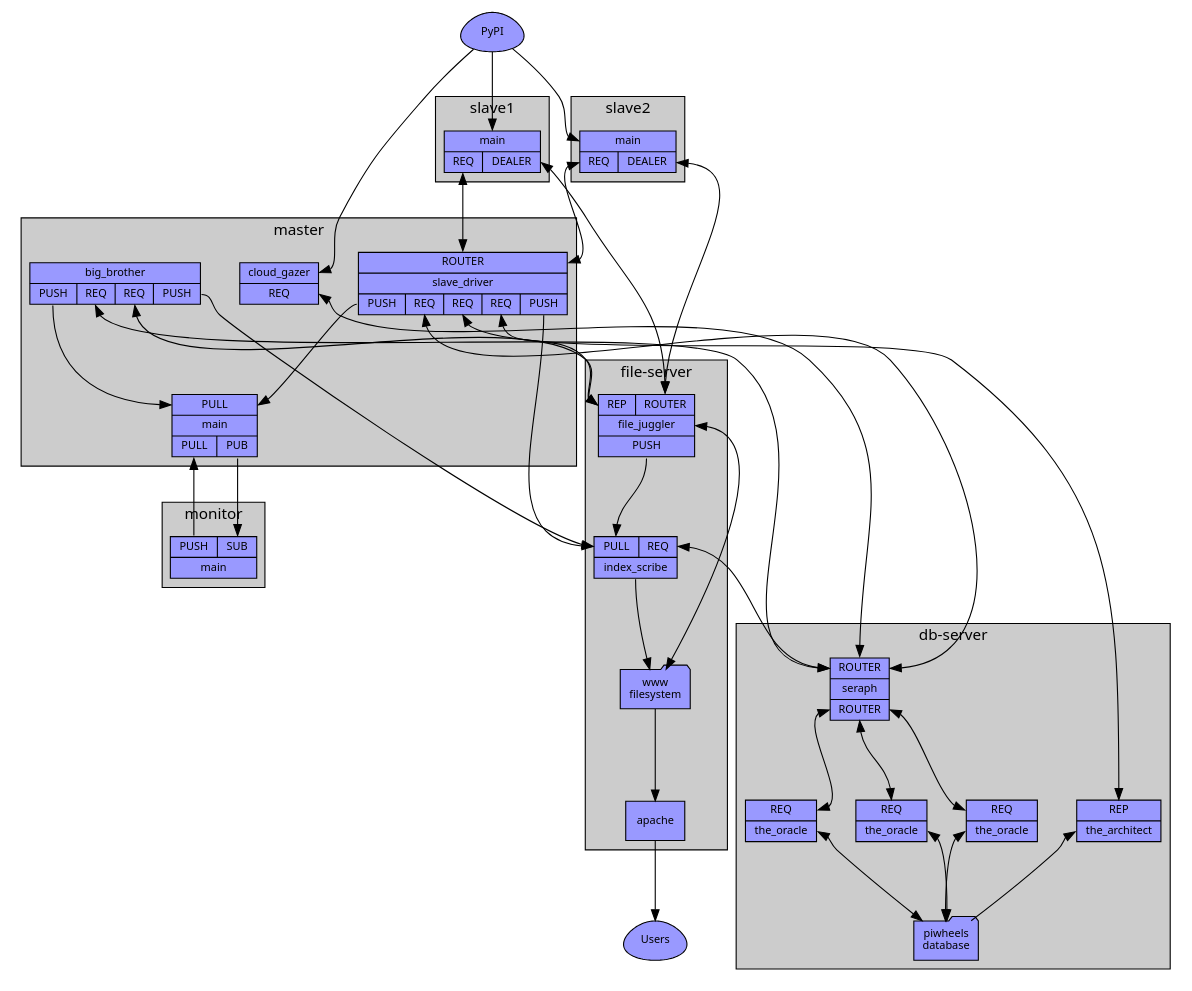
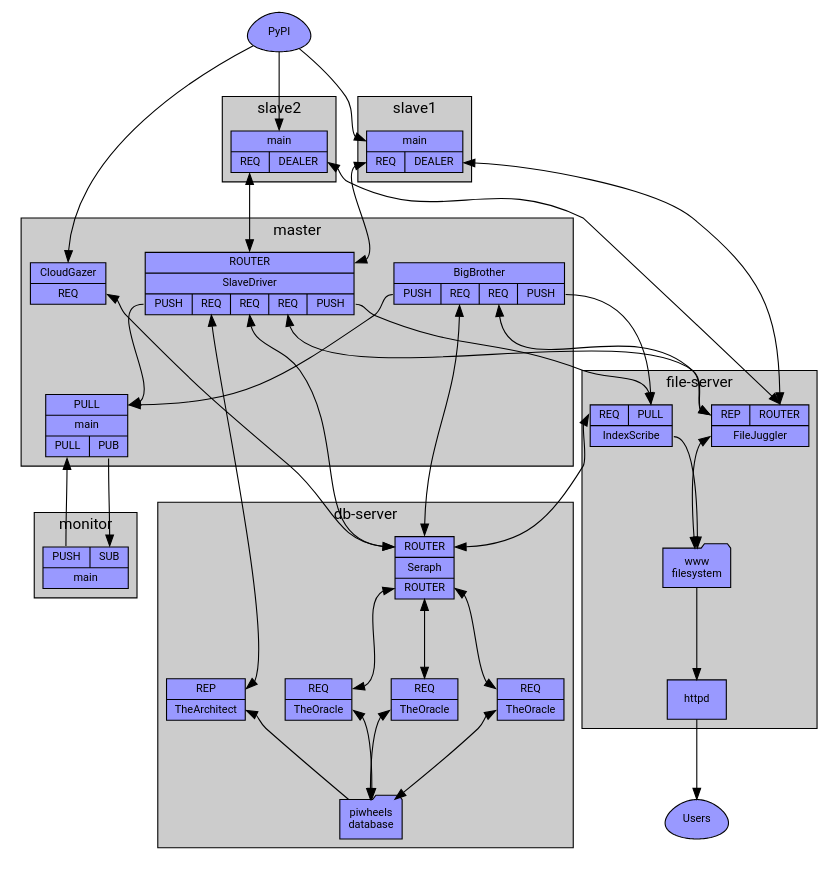
Before and after one commit to piwheels/piwheels: the diagram in docs/master_arch.dot, drawn with Graphviz. The commit also changed 24 other files, not shown here.

```diff
--- a/docs/master_arch.dot
+++ b/docs/master_arch.dot
@@ -1,89 +1,88 @@
 digraph piwheels {
-    graph [nodesep=0.5, ranksep=1, style=filled, fontname=Sans, fontsize=14, fillcolor="#cccccc"];
-    node [shape=record, fontname=Sans, fontsize=10, style=filled, fillcolor="#9999ff", penwidth=1];
+    graph [nodesep=0.5, ranksep=1, style=filled, fontname=Roboto, fontsize=14, fillcolor="#cccccc"];
+    node [shape=record, fontname=Roboto, fontsize=10, style=filled, fillcolor="#9999ff", penwidth=1];
     edge [fontname=Sans, fontsize=8];
 
-    pypi [label="PyPI", shape=egg];
-    users [label="Users", shape=egg];
+    PyPI [label="PyPI", shape=egg];
+    Users [label="Users", shape=egg];
 
     subgraph cluster_db_server {
         graph [label="db-server"];
 
-        the_oracle1 [label="{<seraph>REQ|<t>the_oracle}"];
-        the_oracle2 [label="{<seraph>REQ|<t>the_oracle}"];
-        the_oracle3 [label="{<seraph>REQ|<t>the_oracle}"];
-        the_architect [label="{<builds>REP|<t>the_architect}"];
-        seraph [label="{<db>ROUTER|<t>seraph|<oracle>ROUTER}"];
+        TheOracle1 [label="{<Seraph>REQ|<t>TheOracle}"];
+        TheOracle2 [label="{<Seraph>REQ|<t>TheOracle}"];
+        TheOracle3 [label="{<Seraph>REQ|<t>TheOracle}"];
+        TheArchitect [label="{<builds>REP|<t>TheArchitect}"];
+        Seraph [label="{<db>ROUTER|<t>Seraph|<oracle>ROUTER}"];
         db [label="piwheels\ndatabase", shape=folder];
 
-        seraph:oracle->the_oracle1:seraph [dir=both];
-        seraph:oracle->the_oracle2:seraph [dir=both];
-        seraph:oracle->the_oracle3:seraph [dir=both];
-        the_oracle1:t->db [dir=both];
-        the_oracle2:t->db [dir=both];
-        the_oracle3:t->db [dir=both];
-        the_architect:t->db [dir=back];
+        Seraph:oracle->TheOracle1:Seraph [dir=both];
+        Seraph:oracle->TheOracle2:Seraph [dir=both];
+        Seraph:oracle->TheOracle3:Seraph [dir=both];
+        TheOracle1:t->db [dir=both];
+        TheOracle2:t->db [dir=both];
+        TheOracle3:t->db [dir=both];
+        TheArchitect:t->db [dir=back];
     }
 
     subgraph cluster_file_server {
         graph [label="file-server"];
 
-        file_juggler [label="{{<fs>REP|<slaves>ROUTER}|<t>file_juggler|{<indexes>PUSH}}"];
-        index_scribe [label="{{<indexes>PULL|<db>REQ}|<t>index_scribe}"];
+        FileJuggler [label="{{<fs>REP|<slaves>ROUTER}|<t>FileJuggler}"];
+        IndexScribe [label="{{<db>REQ|<indexes>PULL}|<t>IndexScribe}"];
         fs [label="www\nfilesystem", shape=folder];
-        apache;
+        httpd;
 
-        index_scribe:t->fs;
-        file_juggler:t->fs [dir=both];
-        fs->apache;
+        IndexScribe:t->fs;
+        FileJuggler:t->fs [dir=both];
+        fs->httpd;
     }
 
     subgraph cluster_master {
         graph [label="master"];
 
-        cloud_gazer [label="{<t>cloud_gazer|<db>REQ}"];
+        CloudGazer [label="{<t>CloudGazer|<db>REQ}"];
         main [label="{{<int_status>PULL}|main|{<control>PULL|<ext_status>PUB}}"];
-        big_brother [label="{<t>big_brother|{<int_status>PUSH|<db>REQ|<fs>REQ|<indexes>PUSH}}"];
-        slave_driver [label="{{<slaves>ROUTER}|<t>slave_driver|{<int_status>PUSH|<db>REQ|<builds>REQ|<fs>REQ|<indexes>PUSH}}"];
+        BigBrother [label="{<t>BigBrother|{<int_status>PUSH|<db>REQ|<fs>REQ|<indexes>PUSH}}"];
+        SlaveDriver [label="{{<slaves>ROUTER}|<t>SlaveDriver|{<int_status>PUSH|<builds>REQ|<db>REQ|<fs>REQ|<indexes>PUSH}}"];
 
-        big_brother:int_status->main:int_status;
-        slave_driver:int_status->main:int_status;
+        BigBrother:int_status->main:int_status;
+        SlaveDriver:int_status->main:int_status;
     }
 
     subgraph cluster_monitor {
         graph [label="monitor"];
         monitor [label="{{<control>PUSH|<status>SUB}|<t>main}"];
     }
 
-    subgraph cluster_slave1 {
+    subgraph cluster_Slave1 {
         graph [label="slave1"];
-        slave1 [label="{<t>main|{<builds>REQ|<files>DEALER}}"];
+        Slave1 [label="{<t>main|{<builds>REQ|<files>DEALER}}"];
     }
 
-    subgraph cluster_slave2 {
+    subgraph cluster_Slave2 {
         graph [label="slave2"];
-        slave2 [label="{<t>main|{<builds>REQ|<files>DEALER}}"];
+        Slave2 [label="{<t>main|{<builds>REQ|<files>DEALER}}"];
     }
 
-    pypi->cloud_gazer:t;
-    pypi->slave1:t;
-    pypi->slave2:t;
-    slave1:builds->slave_driver:slaves [dir=both];
-    slave2:builds->slave_driver:slaves [dir=both];
-    slave1:files->file_juggler:slaves [dir=both];
-    slave2:files->file_juggler:slaves [dir=both];
+    PyPI->CloudGazer:t;
+    PyPI->Slave1:t;
+    PyPI->Slave2:t;
+    Slave1:builds->SlaveDriver:slaves [dir=both];
+    Slave2:builds->SlaveDriver:slaves [dir=both];
+    Slave1:files->FileJuggler:slaves [dir=both];
+    Slave2:files->FileJuggler:slaves [dir=both];
     main:ext_status->monitor:status;
     monitor:control->main:control;
 
-    cloud_gazer:db->seraph:db [dir=both];
-    file_juggler:indexes->index_scribe:indexes;
-    big_brother:indexes->index_scribe:indexes;
-    slave_driver:indexes->index_scribe:indexes;
-    index_scribe:db->seraph:db [dir=both];
-    big_brother:db->seraph:db [dir=both];
-    big_brother:fs->file_juggler:fs [dir=both];
-    slave_driver:fs->file_juggler:fs [dir=both];
-    slave_driver:db->seraph:db [dir=both];
-    slave_driver:builds->the_architect:builds [dir=both];
-    apache->users;
+    CloudGazer:db->Seraph:db [dir=both];
+    BigBrother:indexes->IndexScribe:indexes;
+    SlaveDriver:indexes->IndexScribe:indexes;
+    IndexScribe:db->Seraph:db [dir=both];
+    BigBrother:db->Seraph:db [dir=both];
+    BigBrother:fs->FileJuggler:fs [dir=both];
+    SlaveDriver:fs->FileJuggler:fs [dir=both];
+    SlaveDriver:db->Seraph:db [dir=both];
+    SlaveDriver:builds->TheArchitect:builds [dir=both];
+    httpd->Users;
 }
```
